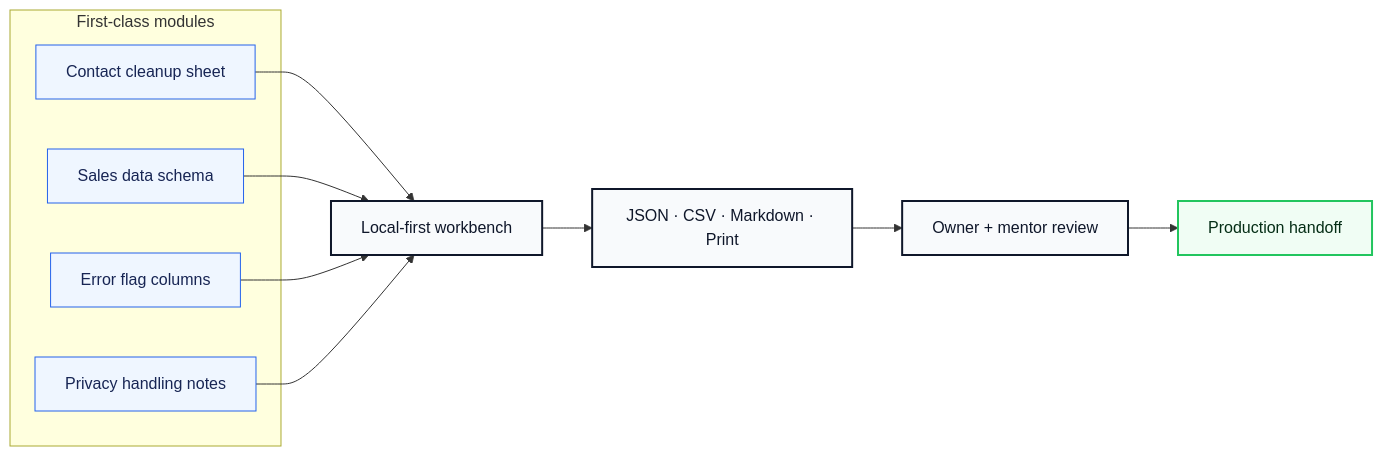
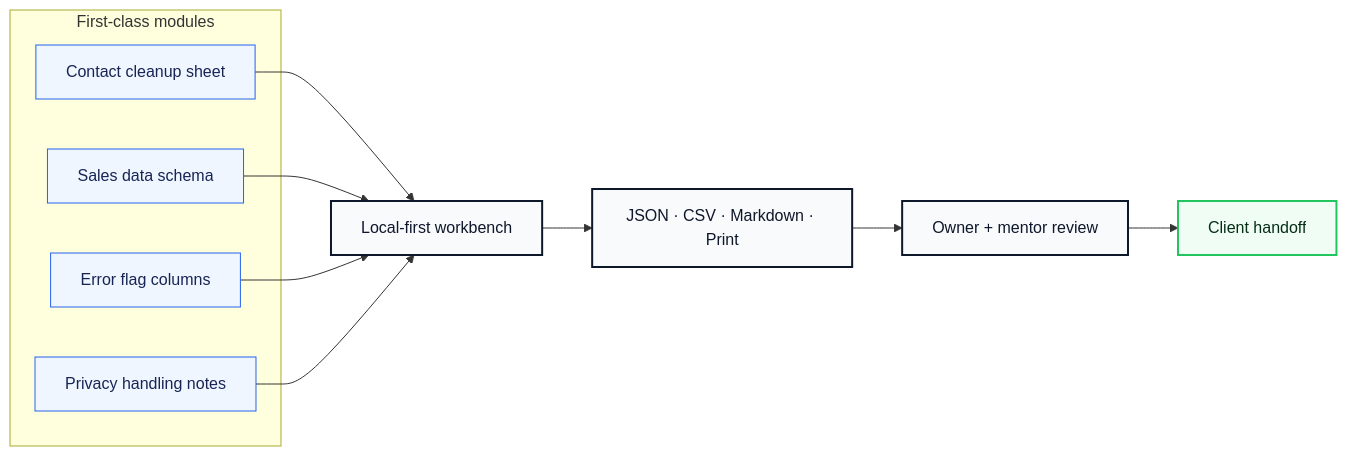
One commit to volta-npo/data-clean-room-sheets changed the second of 3 diagrams in README.md. Above: the diagram before and after it, drawn with Mermaid. The commit also changed other lines of this file and 28 other files, not shown here.

````diff
--- a/README.md
+++ b/README.md
@@ -64,23 +64,23 @@
 ```mermaid
 flowchart LR
     subgraph Modules["First-class modules"]
         M1["Contact cleanup sheet"]
         M2["Sales data schema"]
         M3["Error flag columns"]
         M4["Privacy handling notes"]
     end
     M1 --> Workbench
     M2 --> Workbench
     M3 --> Workbench
     M4 --> Workbench
     Workbench["Local-first workbench"] --> Exports["JSON · CSV · Markdown · Print"]
     Exports --> Review["Owner + mentor review"]
-    Review --> Launch["Production handoff"]
+    Review --> Launch["Client handoff"]
 
     classDef module fill:#eff6ff,stroke:#2563eb,color:#172554;
     classDef app fill:#f8fafc,stroke:#0f172a,color:#0f172a,stroke-width:2px;
     classDef launch fill:#f0fdf4,stroke:#22c55e,color:#052e16,stroke-width:2px;
     class M1,M2,M3,M4 module;
     class Workbench,Exports,Review app;
     class Launch launch;
 ```
````
